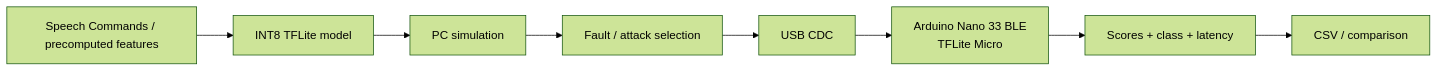
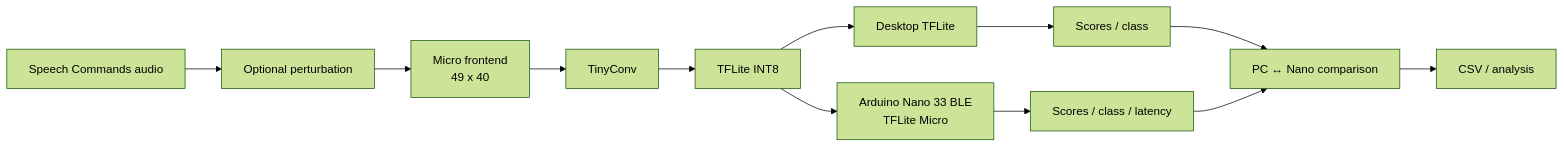
The diagram in README.md (Mickael235/FIATSAR-TinyML-Robustness), drawn with Mermaid (forest theme) before and after one commit. The commit also changed other lines of this file, not shown here.

````diff
--- a/README.md
+++ b/README.md
@@ -19,10 +83,14 @@
 ```mermaid
 flowchart LR
-    A[Speech Commands / precomputed features] --> B[INT8 TFLite model]
-    B --> C[PC simulation]
-    C --> D[Fault / attack selection]
-    D --> E[USB CDC]
-    E --> F[Arduino Nano 33 BLE<br/>TFLite Micro]
-    F --> G[Scores + class + latency]
-    G --> H[CSV / comparison]
+    A[Speech Commands audio] --> B[Optional perturbation]
+    B --> C[Micro frontend<br/>49 x 40]
+    C --> D[TinyConv]
+    D --> E[TFLite INT8]
+    E --> F1[Desktop TFLite]
+    E --> F2[Arduino Nano 33 BLE<br/>TFLite Micro]
+    F1 --> G[Scores / class]
+    F2 --> H[Scores / class / latency]
+    G --> I[PC ↔ Nano comparison]
+    H --> I
+    I --> J[CSV / analysis]
 ```
````
